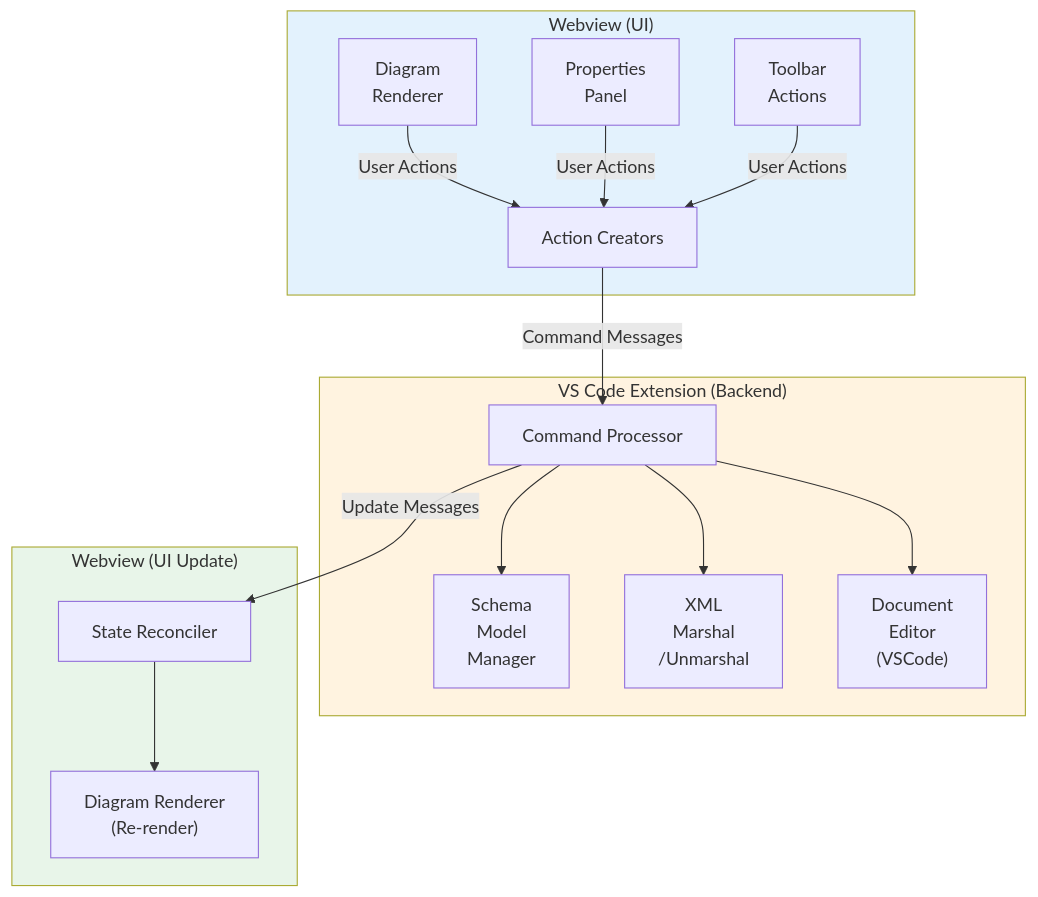
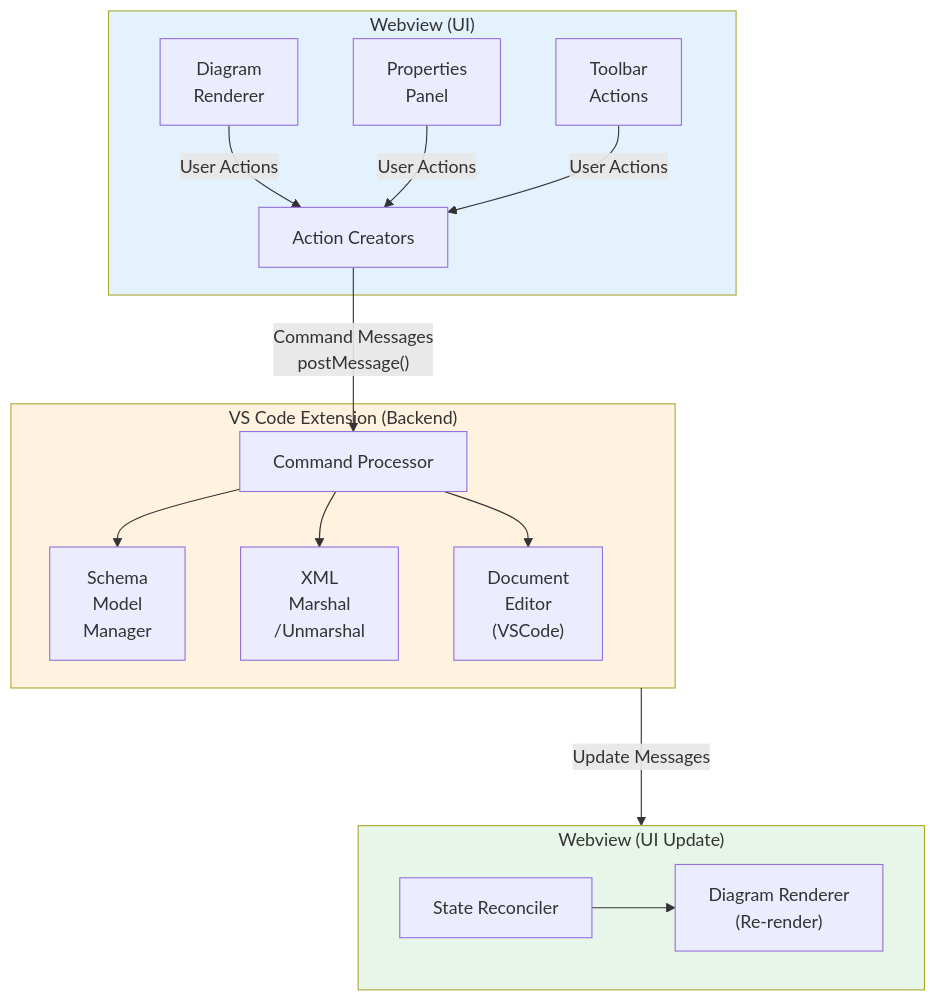
One commit to neumaennl/vscode-visual-xml-schema-editor changed the first of 2 diagrams in docs/architecture/001-editor-transition.md. Above: the diagram before and after it, drawn with Mermaid. The commit also changed other lines of this file, not shown here.

````diff
--- a/docs/architecture/001-editor-transition.md
+++ b/docs/architecture/001-editor-transition.md
@@ -44,38 +50,38 @@
 ```mermaid
 graph TB
     subgraph Webview["Webview (UI)"]
         Diagram["Diagram<br/>Renderer"]
         Properties["Properties<br/>Panel"]
         Toolbar["Toolbar<br/>Actions"]
         ActionCreators["Action Creators"]
-        
+
         Diagram -->|User Actions| ActionCreators
         Properties -->|User Actions| ActionCreators
         Toolbar -->|User Actions| ActionCreators
     end
-    
+
     subgraph Extension["VS Code Extension (Backend)"]
         CommandProcessor["Command Processor"]
         SchemaManager["Schema<br/>Model<br/>Manager"]
         XMLMarshal["XML<br/>Marshal<br/>/Unmarshal"]
         DocumentEditor["Document<br/>Editor<br/>(VSCode)"]
-        
+
         CommandProcessor --> SchemaManager
         CommandProcessor --> XMLMarshal
         CommandProcessor --> DocumentEditor
     end
-    
+
     subgraph WebviewUpdate["Webview (UI Update)"]
         StateReconciler["State Reconciler"]
         DiagramRenderer["Diagram Renderer<br/>(Re-render)"]
-        
+
         StateReconciler --> DiagramRenderer
     end
-    
-    ActionCreators -->|Command Messages| CommandProcessor
-    CommandProcessor -->|Update Messages| StateReconciler
-    
+
+    ActionCreators -->|"Command Messages<br/>postMessage()"| CommandProcessor
+    Extension ---->|Update Messages| WebviewUpdate
+
     style Webview fill:#e3f2fd
     style Extension fill:#fff3e0
     style WebviewUpdate fill:#e8f5e9
 ```
````
